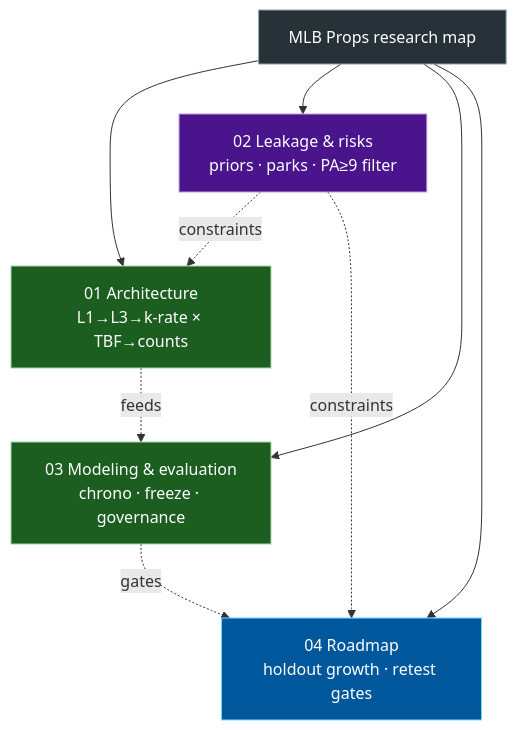
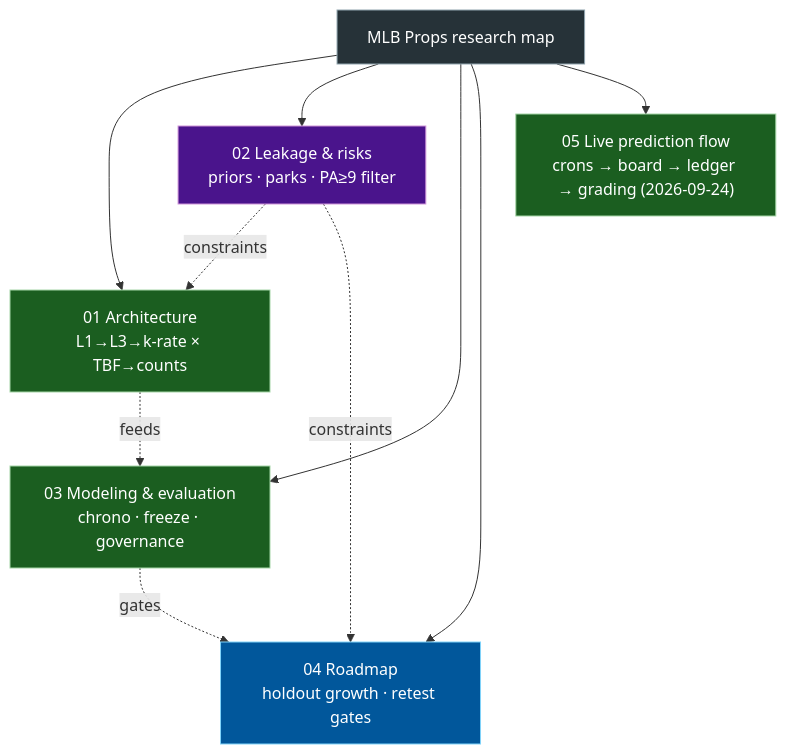
The diagram in docs/diagrams/00-index.md (Cbkaplinger/MLB-Props), drawn with Mermaid before and after one commit. The commit also changed other lines of this file and 2 other files, not shown here.

Commit message:
Docs: live-flow diagram 05, index + backlog sync

````diff
--- a/docs/diagrams/00-index.md
+++ b/docs/diagrams/00-index.md
@@ -9,26 +9,28 @@
 ```mermaid
 flowchart TB
   classDef built fill:#1b5e20,stroke:#a5d6a7,color:#fff
   classDef partial fill:#e65100,stroke:#ffcc80,color:#fff
   classDef missing fill:#b71c1c,stroke:#ef9a9a,color:#fff
   classDef risk fill:#4a148c,stroke:#ce93d8,color:#fff
   classDef next fill:#01579b,stroke:#81d4fa,color:#fff
   classDef index fill:#263238,stroke:#90a4ae,color:#fff
 
   IDX["MLB Props research map"]:::index
 
   A["01 Architecture<br/>L1→L3→k-rate × TBF→counts"]:::built
   B["02 Leakage & risks<br/>priors · parks · PA≥9 filter"]:::risk
   C["03 Modeling & evaluation<br/>chrono · freeze · governance"]:::built
   D["04 Roadmap<br/>holdout growth · retest gates"]:::next
+  E["05 Live prediction flow<br/>crons → board → ledger → grading (2026-09-24)"]:::built
 
   IDX --> A
   IDX --> B
   IDX --> C
   IDX --> D
+  IDX --> E
 
   A -.->|"feeds"| C
   B -.->|"constraints"| A
   B -.->|"constraints"| D
   C -.->|"gates"| D
 ```
````
